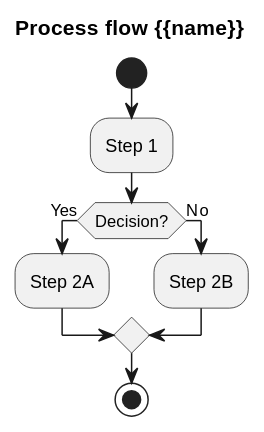
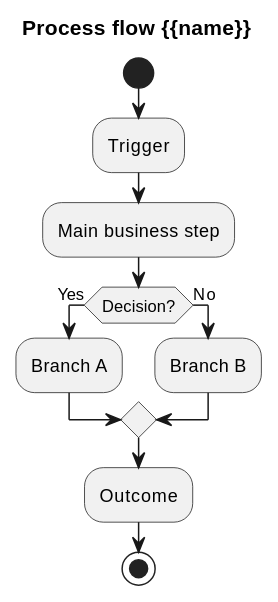
The diagram in Templates/Business Process Template.md (rafageist/odoo-documentation), drawn with PlantUML before and after one commit. The commit also changed other lines of this file and 2866 other files, not shown here.

````diff
--- a/Templates/Business Process Template.md
+++ b/Templates/Business Process Template.md
@@ -14,13 +15,15 @@
 ```plantuml
 @startuml
 title Process flow {{name}}
 start
-:Step 1;
+:Trigger;
+:Main business step;
 if (Decision?) then (Yes)
-  :Step 2A;
+  :Branch A;
 else (No)
-  :Step 2B;
+  :Branch B;
 endif
+:Outcome;
 stop
 @enduml
 ```
````
